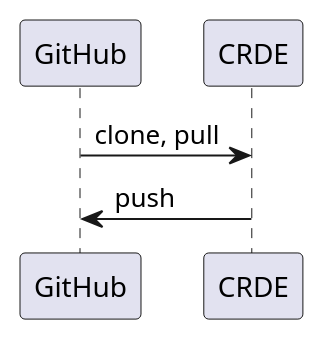
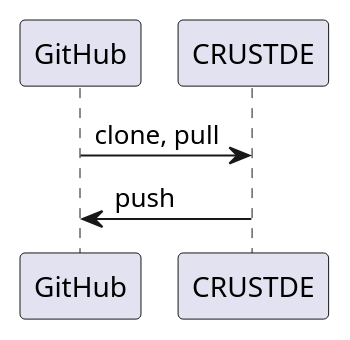
The first of 4 diagrams in README.md (CRUSTDE-ContainerizedRustDevEnv/windows_reinstall), drawn with PlantUML before and after one commit. The commit also changed other lines of this file and 4 other files, not shown here.

````diff
--- a/README.md
+++ b/README.md
@@ -62,6 +62,6 @@
 ```plantuml
 @startuml
-GitHub -> CRDE: clone, pull
-CRDE -> GitHub: push
+GitHub -> CRUSTDE: clone, pull
+CRUSTDE -> GitHub: push
 @enduml
 ```
````
